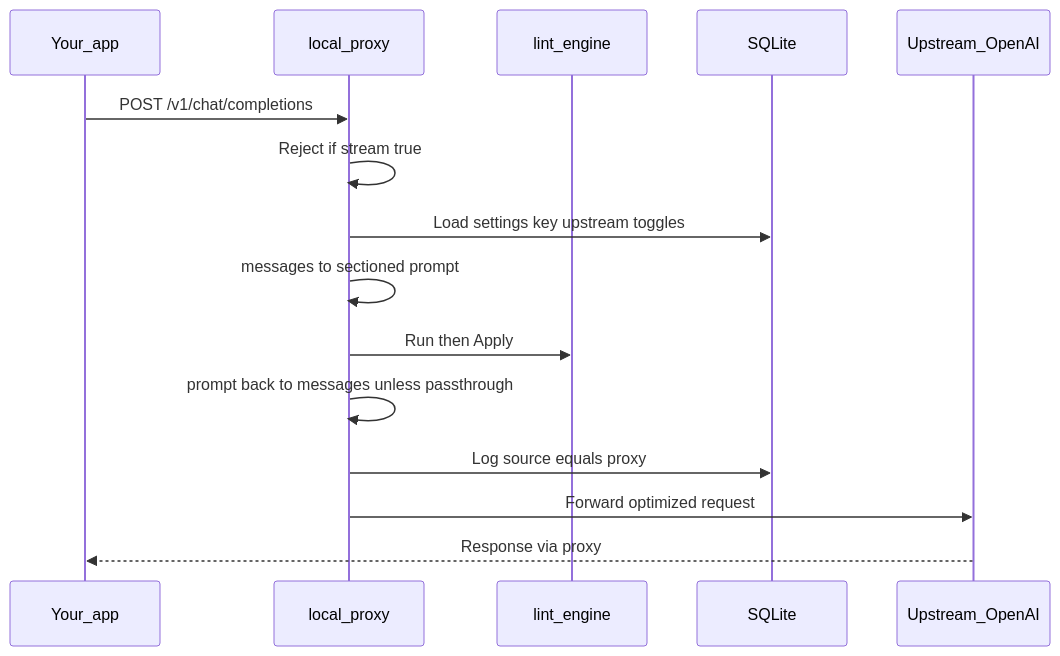
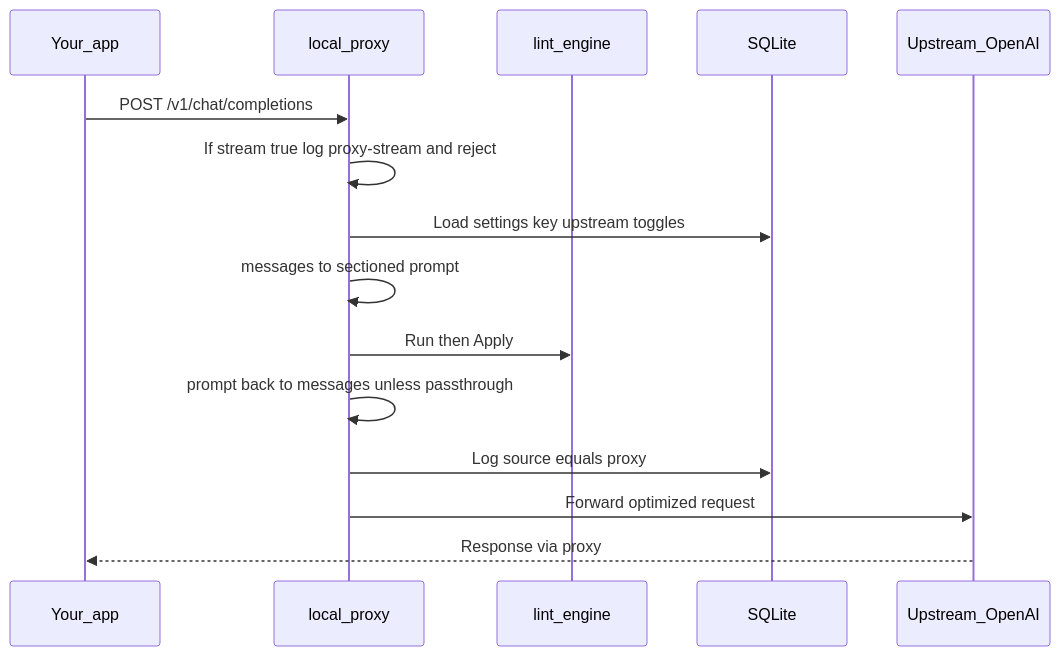
Before and after one commit to mcscottj/distilly: the third of 3 diagrams in docs/architecture.md, drawn with Mermaid. The commit also changed other lines of this file and 6 other files, not shown here.

First line of the commit message:
feat(proxy): log stream rejects and add test-proxy.sh

````diff
--- a/docs/architecture.md
+++ b/docs/architecture.md
@@ -83,18 +83,18 @@
 ```mermaid
 sequenceDiagram
   participant Client as Your_app
   participant Proxy as local_proxy
   participant Lint as lint_engine
   participant DB as SQLite
   participant API as Upstream_OpenAI
 
   Client->>Proxy: POST /v1/chat/completions
-  Proxy->>Proxy: Reject if stream true
+  Proxy->>Proxy: If stream true log proxy-stream and reject
   Proxy->>DB: Load settings key upstream toggles
   Proxy->>Proxy: messages to sectioned prompt
   Proxy->>Lint: Run then Apply
   Proxy->>Proxy: prompt back to messages unless passthrough
   Proxy->>DB: Log source equals proxy
   Proxy->>API: Forward optimized request
   API-->>Client: Response via proxy
 ```
````
